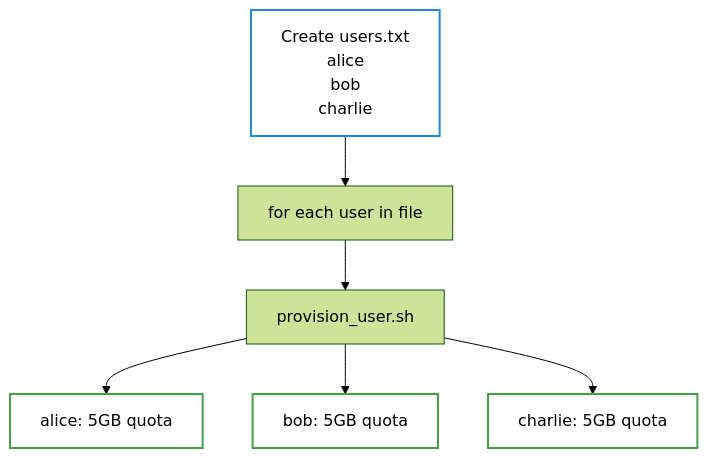
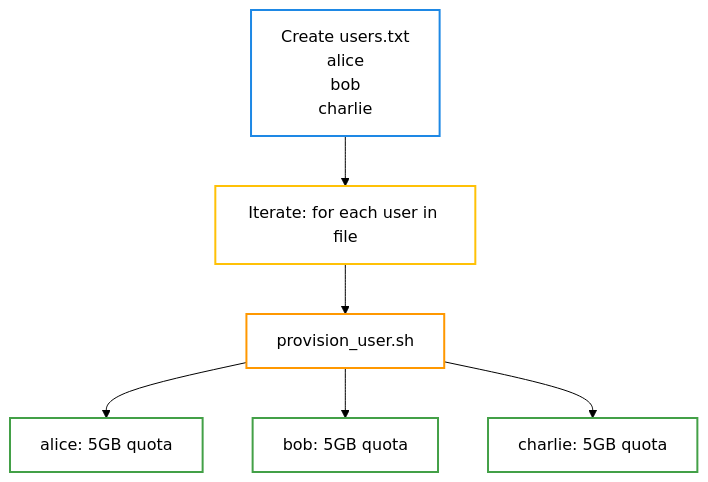
The sixth of 7 diagrams in docs/architecture.md (aaronwittchen/Automated-Storage-Provisioning-Tool), drawn with Mermaid (forest theme) before and after one commit. The commit also changed other lines of this file, not shown here.

First line of the commit message:
Refactor architecture documentation for clarity

````diff
--- a/docs/architecture.md
+++ b/docs/architecture.md
@@ -348,13 +291,15 @@
 ```mermaid
 graph TD
-    A["Create users.txt<br/>alice<br/>bob<br/>charlie"] --> B["for each user in file"]
+    A["Create users.txt<br/>alice<br/>bob<br/>charlie"] --> B["Iterate: for each user in file"]
     B --> C["provision_user.sh"]
     C --> D1["alice: 5GB quota"]
     C --> D2["bob: 5GB quota"]
     C --> D3["charlie: 5GB quota"]
     
     style A stroke:#1e88e5,stroke-width:2px,fill:none
+    style B stroke:#ffc107,stroke-width:2px,fill:none
+    style C stroke:#ff9800,stroke-width:2px,fill:none
     style D1 stroke:#43a047,stroke-width:2px,fill:none
     style D2 stroke:#43a047,stroke-width:2px,fill:none
     style D3 stroke:#43a047,stroke-width:2px,fill:none
 ```
````
